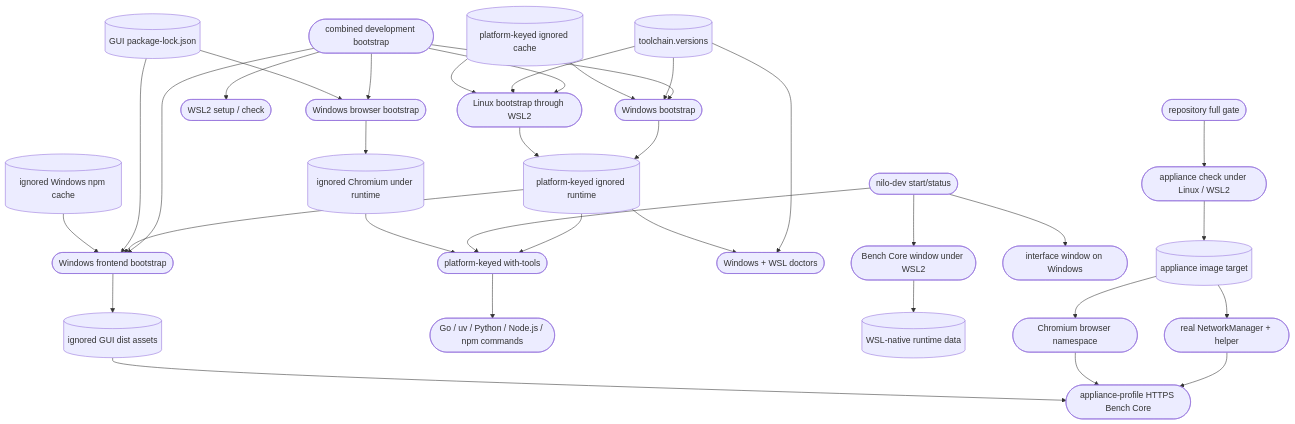
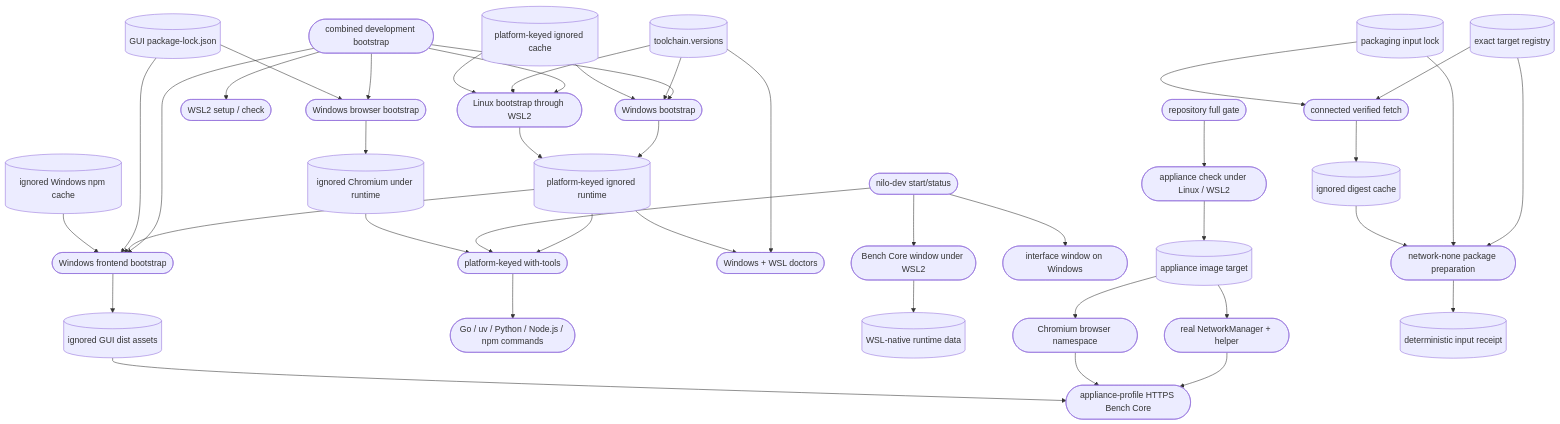
One commit to DDP-Engineering/2026_Networked_Intelligent_Lab_Orchestrator changed the diagram in .agentic/knowledge/repository-toolchain.md. Above: the diagram before and after it, drawn with Mermaid. The commit also changed other lines of this file and 34 other files, not shown here.

````diff
--- a/.agentic/knowledge/repository-toolchain.md
+++ b/.agentic/knowledge/repository-toolchain.md
@@ -214,62 +264,75 @@
 ```mermaid
 flowchart TD
     manifest[("toolchain.versions")]
     win_bootstrap(["Windows bootstrap"])
     linux_bootstrap(["Linux bootstrap through WSL2"])
     wsl_setup(["WSL2 setup / check"])
     combined(["combined development bootstrap"])
     cache[("platform-keyed ignored cache")]
     runtime[("platform-keyed ignored runtime")]
     frontend_bootstrap(["Windows frontend bootstrap"])
     gui_lock[("GUI package-lock.json")]
     npm_cache[("ignored Windows npm cache")]
     static_assets[("ignored GUI dist assets")]
     wrapper(["platform-keyed with-tools"])
     doctor(["Windows + WSL doctors"])
     commands(["Go / uv / Python / Node.js / npm commands"])
     combined --> wsl_setup
     combined --> win_bootstrap
     combined --> linux_bootstrap
     combined --> frontend_bootstrap
     manifest --> win_bootstrap
     manifest --> linux_bootstrap
     cache --> win_bootstrap
     cache --> linux_bootstrap
     win_bootstrap --> runtime
     linux_bootstrap --> runtime
     manifest --> doctor
     runtime --> doctor
     runtime --> wrapper
     wrapper --> commands
     runtime --> frontend_bootstrap
     gui_lock --> frontend_bootstrap
     npm_cache --> frontend_bootstrap
     frontend_bootstrap --> static_assets
     lifecycle(["nilo-dev start/status"])
     backend_window(["Bench Core window under WSL2"])
     frontend_window(["interface window on Windows"])
     wsl_data[("WSL-native runtime data")]
     lifecycle --> wrapper
     lifecycle --> backend_window
     lifecycle --> frontend_window
     backend_window --> wsl_data
     browser_bootstrap(["Windows browser bootstrap"])
     browser_runtime[("ignored Chromium under runtime")]
     combined --> browser_bootstrap
     gui_lock --> browser_bootstrap
     browser_bootstrap --> browser_runtime
     browser_runtime --> wrapper
     repository_gate(["repository full gate"])
     appliance_stage(["appliance check under Linux / WSL2"])
     appliance_image[("appliance image target")]
     network_manager(["real NetworkManager + helper"])
     browser_namespace(["Chromium browser namespace"])
     appliance_core(["appliance-profile HTTPS Bench Core"])
     repository_gate --> appliance_stage
     appliance_stage --> appliance_image
     appliance_image --> network_manager
     appliance_image --> browser_namespace
     network_manager --> appliance_core
     browser_namespace --> appliance_core
     static_assets --> appliance_core
+    packaging_targets[("exact target registry")]
+    packaging_lock[("packaging input lock")]
+    connected_fetch(["connected verified fetch"])
+    packaging_cache[("ignored digest cache")]
+    package_action(["network-none package preparation"])
+    preparation_receipt[("deterministic input receipt")]
+    packaging_targets --> connected_fetch
+    packaging_lock --> connected_fetch
+    connected_fetch --> packaging_cache
+    packaging_targets --> package_action
+    packaging_lock --> package_action
+    packaging_cache --> package_action
+    package_action --> preparation_receipt
 ```
````
